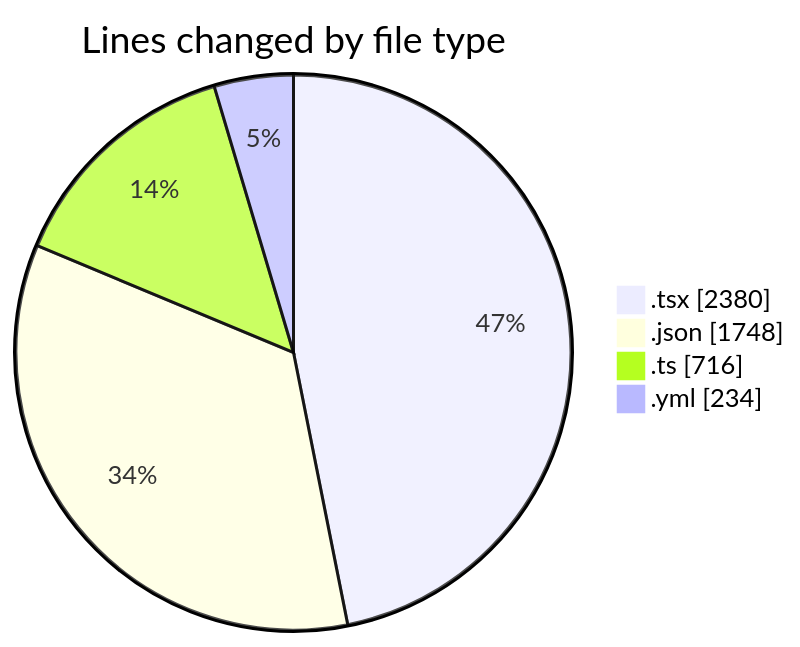
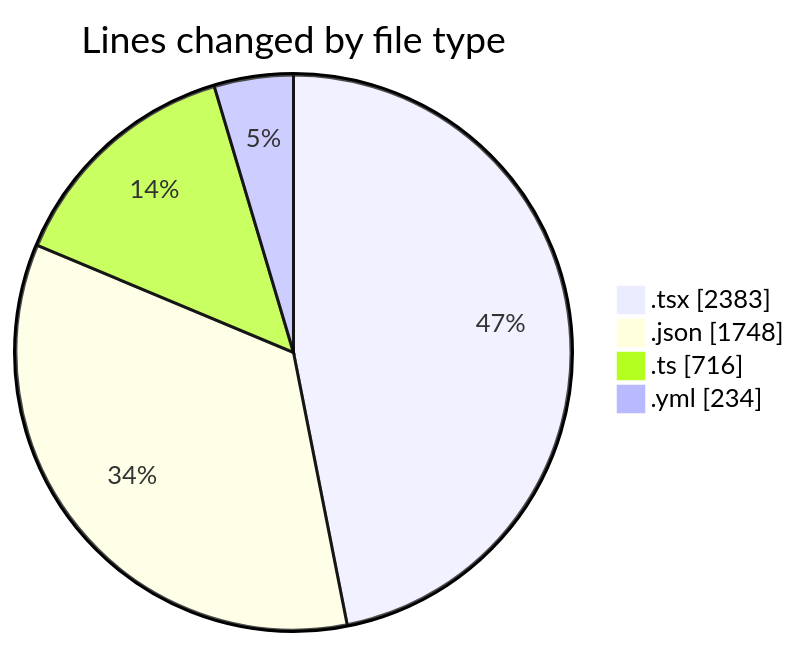
The first of 2 diagrams in 2025-10-30/eventscop-frontend-guide__workspace_/README.md (julien-gomy/code-tracking), drawn with Mermaid before and after one commit. The commit also changed other lines of this file and 1 other file, not shown here.

````diff
--- a/2025-10-30/eventscop-frontend-guide__workspace_/README.md
+++ b/2025-10-30/eventscop-frontend-guide__workspace_/README.md
@@ -43,8 +43,8 @@
 ```mermaid
 pie showData
 title Lines changed by file type
-".tsx" : 2380
+".tsx" : 2383
 ".json" : 1748
 ".ts" : 716
 ".yml" : 234
 ```
````
